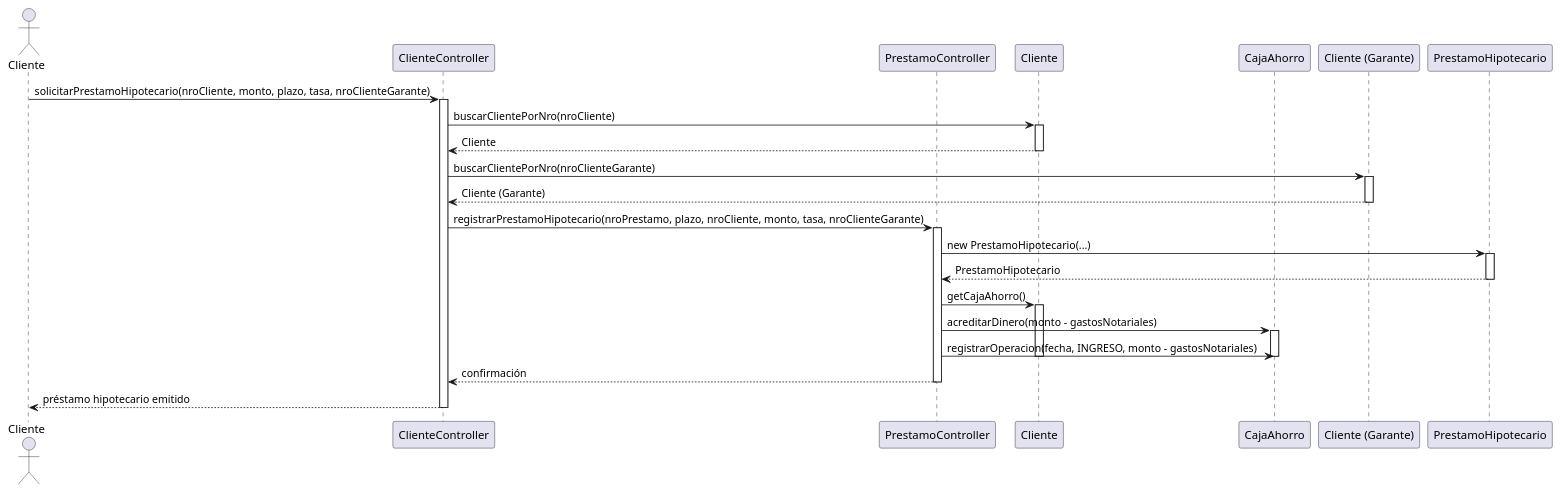
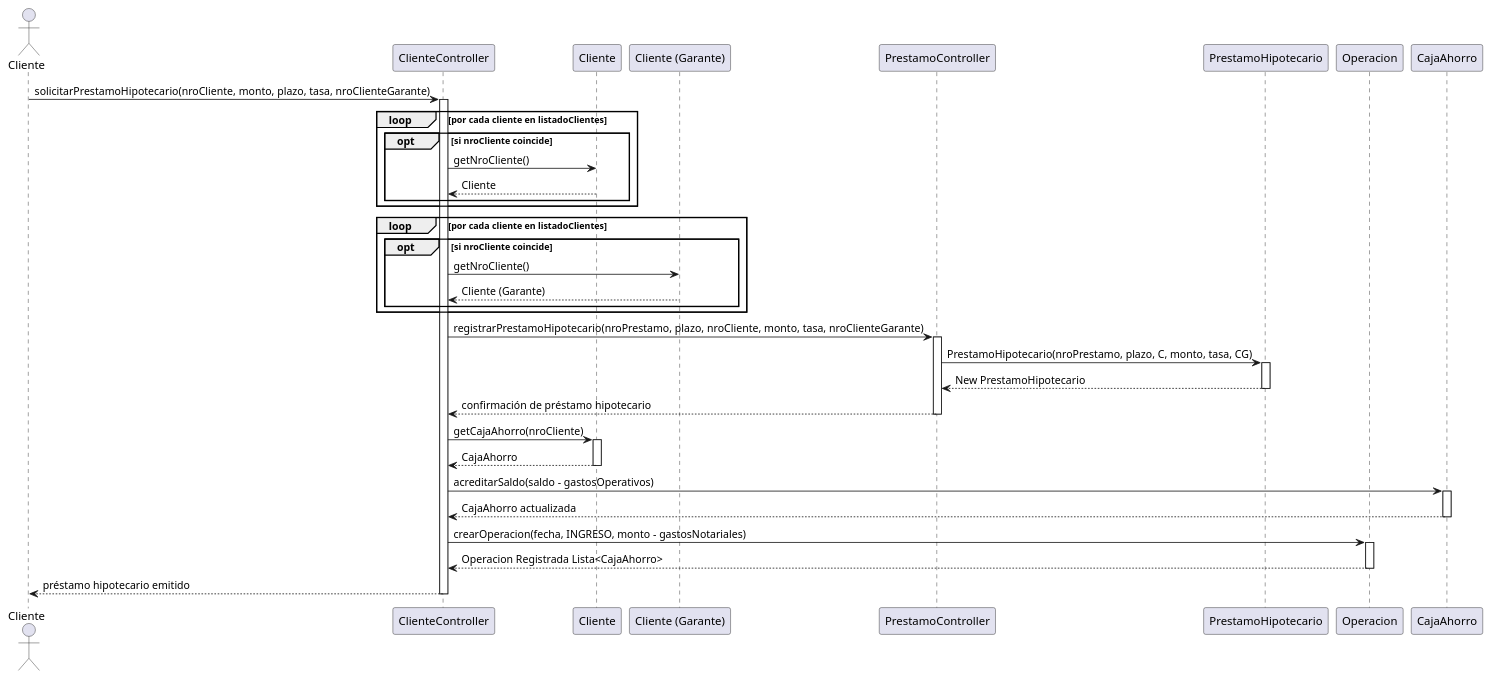
The diagram in src/main/java/org/uade/diagrams/EmitirPrestamoHipotecario.puml (CoachEmilio/FinalAdelantadoPOO), drawn with PlantUML before and after one commit. The commit also changed 1 other file, not shown here.

Commit message:
Diagrams RegistroPagoCuotaMensual.puml y EmitirPrestamoHipotecario.puml updated

```diff
--- a/src/main/java/org/uade/diagrams/EmitirPrestamoHipotecario.puml
+++ b/src/main/java/org/uade/diagrams/EmitirPrestamoHipotecario.puml
@@ -1,55 +1,61 @@
 @startuml
-actor Cliente
-participant "ClienteController" as CC
-participant "PrestamoController" as PC
-participant "Cliente" as C
-participant "CajaAhorro" as CA
-participant "Cliente (Garante)" as CG
-participant "PrestamoHipotecario" as PH
+        actor Cliente
+        participant "ClienteController" as CC
+        participant "Cliente" as C
+        participant "Cliente (Garante)" as CG
+        participant "PrestamoController" as PC
+        participant "PrestamoHipotecario" as PH
+        participant "Operacion" as O
+        participant "CajaAhorro" as CA
 
-' El cliente solicita emitir un préstamo hipotecario
-Cliente -> CC: solicitarPrestamoHipotecario(nroCliente, monto, plazo, tasa, nroClienteGarante)
-activate CC
+        Cliente -> CC: solicitarPrestamoHipotecario(nroCliente, monto, plazo, tasa, nroClienteGarante)
+        activate CC
 
-' El controller busca el cliente solicitante
-CC -> C: buscarClientePorNro(nroCliente)
-activate C
-CC <-- C: Cliente
-deactivate C
+        ' Buscar cliente solicitante (loop y opt)
+        loop por cada cliente en listadoClientes
+            opt si nroCliente coincide
+                CC -> C: getNroCliente()
+                CC <-- C: Cliente
+            end
+        end
 
-' El controller busca el cliente garante
-CC -> CG: buscarClientePorNro(nroClienteGarante)
-activate CG
-CC <-- CG: Cliente (Garante)
-deactivate CG
+        ' Buscar cliente garante (loop y opt)
+        loop por cada cliente en listadoClientes
+            opt si nroCliente coincide
+                CC -> CG: getNroCliente()
+                CC <-- CG: Cliente (Garante)
+            end
+        end
 
-' El controller delega la creación del préstamo hipotecario
-CC -> PC: registrarPrestamoHipotecario(nroPrestamo, plazo, nroCliente, monto, tasa, nroClienteGarante)
-activate PC
+        CC -> PC: registrarPrestamoHipotecario(nroPrestamo, plazo, nroCliente, monto, tasa, nroClienteGarante)
+        activate PC
 
-' Se crea la instancia concreta de PrestamoHipotecario
-PC -> PH: new PrestamoHipotecario(...)
-activate PH
-PC <-- PH: PrestamoHipotecario
-deactivate PH
+        PC -> PH: PrestamoHipotecario(nroPrestamo, plazo, C, monto, tasa, CG)
+        activate PH
+        PC <-- PH: New PrestamoHipotecario
+        deactivate PH
+        PC --> CC: confirmación de préstamo hipotecario
+        deactivate PC
 
-' Se acredita el dinero en la caja de ahorro del cliente (menos 1% de gastos notariales)
-PC -> C: getCajaAhorro()
-activate C
-PC -> CA: acreditarDinero(monto - gastosNotariales)
-activate CA
+        CC -> C: getCajaAhorro(nroCliente)
+        activate C
+        C --> CC: CajaAhorro
+        deactivate C
 
-' Se registra la operación de ingreso en la caja de ahorro
-PC -> CA: registrarOperacion(fecha, INGRESO, monto - gastosNotariales)
-deactivate CA
-deactivate C
 
-' Se confirma la operación al controller
-PC --> CC: confirmación
-deactivate PC
+        CC -> CA: acreditarSaldo(saldo - gastosOperativos)
+        activate CA
+        CA --> CC: CajaAhorro actualizada
+        deactivate CA
 
-' El controller informa al cliente que el préstamo fue emitido
-CC --> Cliente: préstamo hipotecario emitido
-deactivate CC
+        CC -> O: crearOperacion(fecha, INGRESO, monto - gastosNotariales)
+        activate O
+        O --> CC: Operacion Registrada Lista<CajaAhorro>
+        deactivate O
 
-@enduml
+        deactivate C
+        deactivate PC
+
+        CC --> Cliente: préstamo hipotecario emitido
+        deactivate CC
+        @enduml
```
